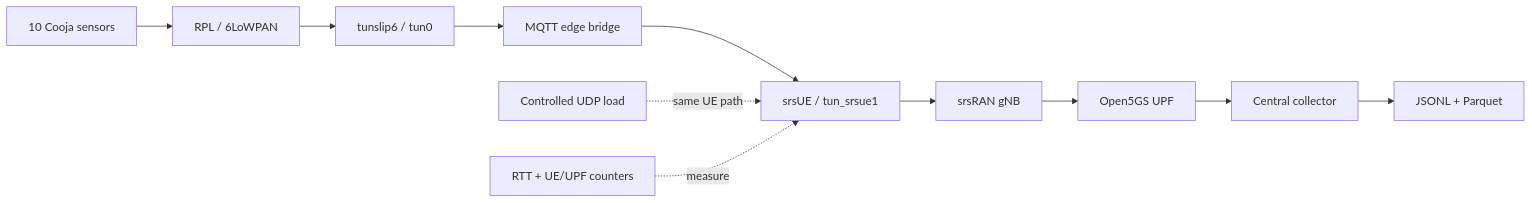
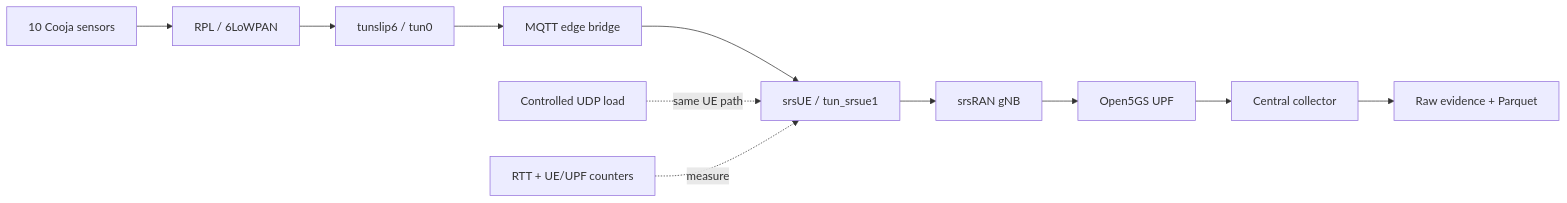
Before and after one commit to RA-Nayreed/SynthRAN: the diagram in README.md, drawn with Mermaid. The commit also changed other lines of this file, not shown here.

````diff
--- a/README.md
+++ b/README.md
@@ -31,14 +31,14 @@
 ```mermaid
 flowchart LR
     A[10 Cooja sensors] --> B[RPL / 6LoWPAN]
     B --> C[tunslip6 / tun0]
     C --> D[MQTT edge bridge]
     D --> E[srsUE / tun_srsue1]
     E --> F[srsRAN gNB]
     F --> G[Open5GS UPF]
     G --> H[Central collector]
-    H --> I[JSONL + Parquet]
+    H --> I[Raw evidence + Parquet]
 
     J[Controlled UDP load] -. same UE path .-> E
     K[RTT + UE/UPF counters] -. measure .-> E
 ```
````
